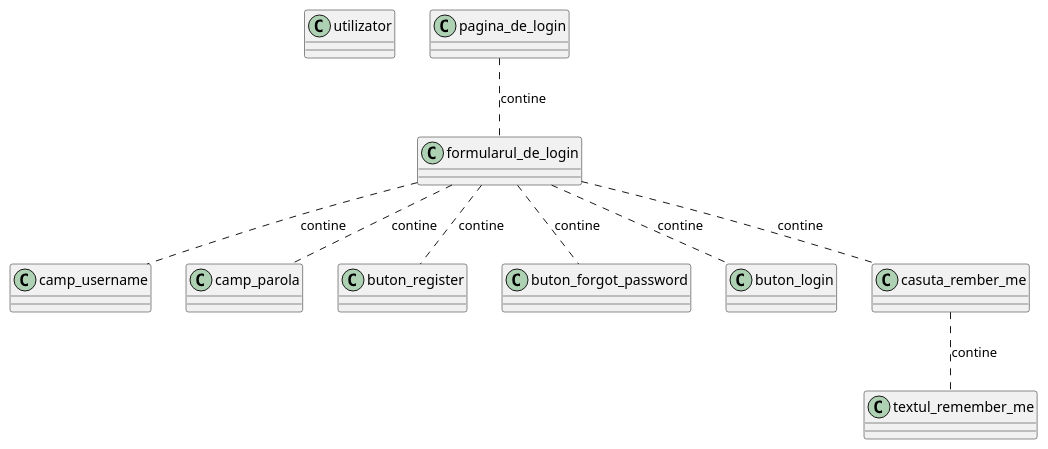
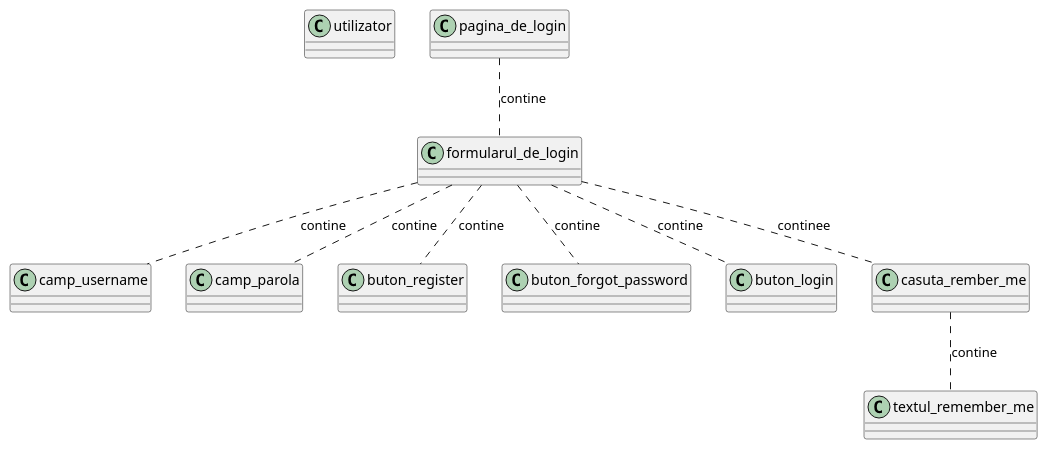
The diagram in Class.puml (Alyc03/SmartCook), drawn with PlantUML before and after one commit.

```diff
--- a/Class.puml
+++ b/Class.puml
@@ -1,21 +1,21 @@
 @startuml
 class utilizator {}
 class pagina_de_login {}
 class formularul_de_login{}
 pagina_de_login .. formularul_de_login :contine
 class camp_username {}
 class camp_parola {}
 class buton_register {}
 class buton_forgot_password {}
 class buton_login {}
 class casuta_rember_me {}
 class textul_remember_me {}
 casuta_rember_me .. textul_remember_me :contine
 formularul_de_login .. camp_username :contine
 formularul_de_login .. camp_parola :contine
 formularul_de_login .. buton_register :contine
 formularul_de_login .. buton_forgot_password :contine
 formularul_de_login .. buton_login :contine
-formularul_de_login .. casuta_rember_me :contine
+formularul_de_login .. casuta_rember_me :continee
 
 @enduml
```
